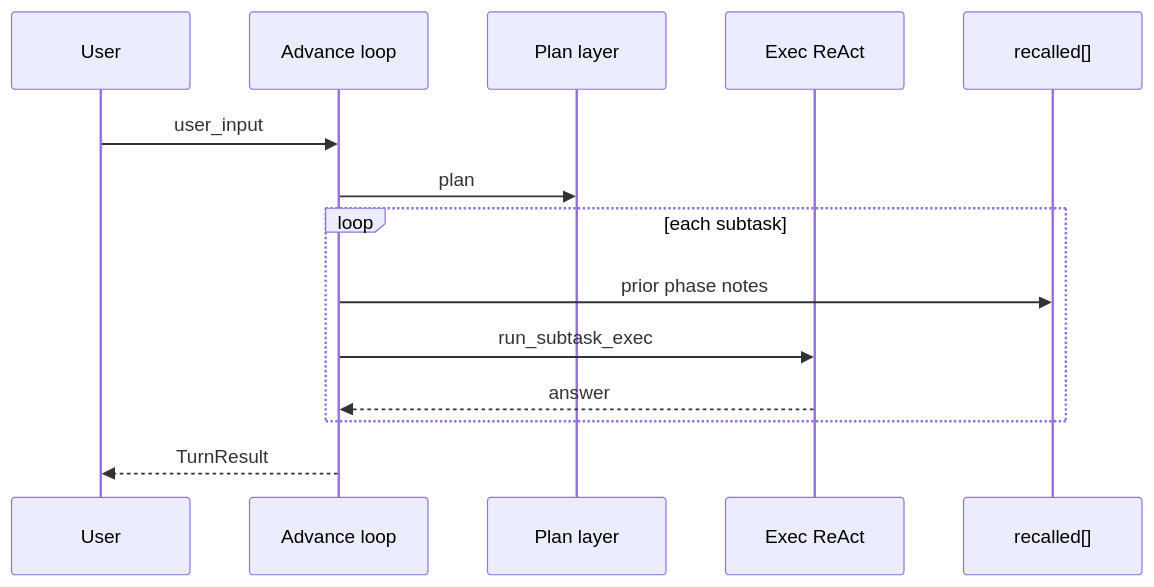
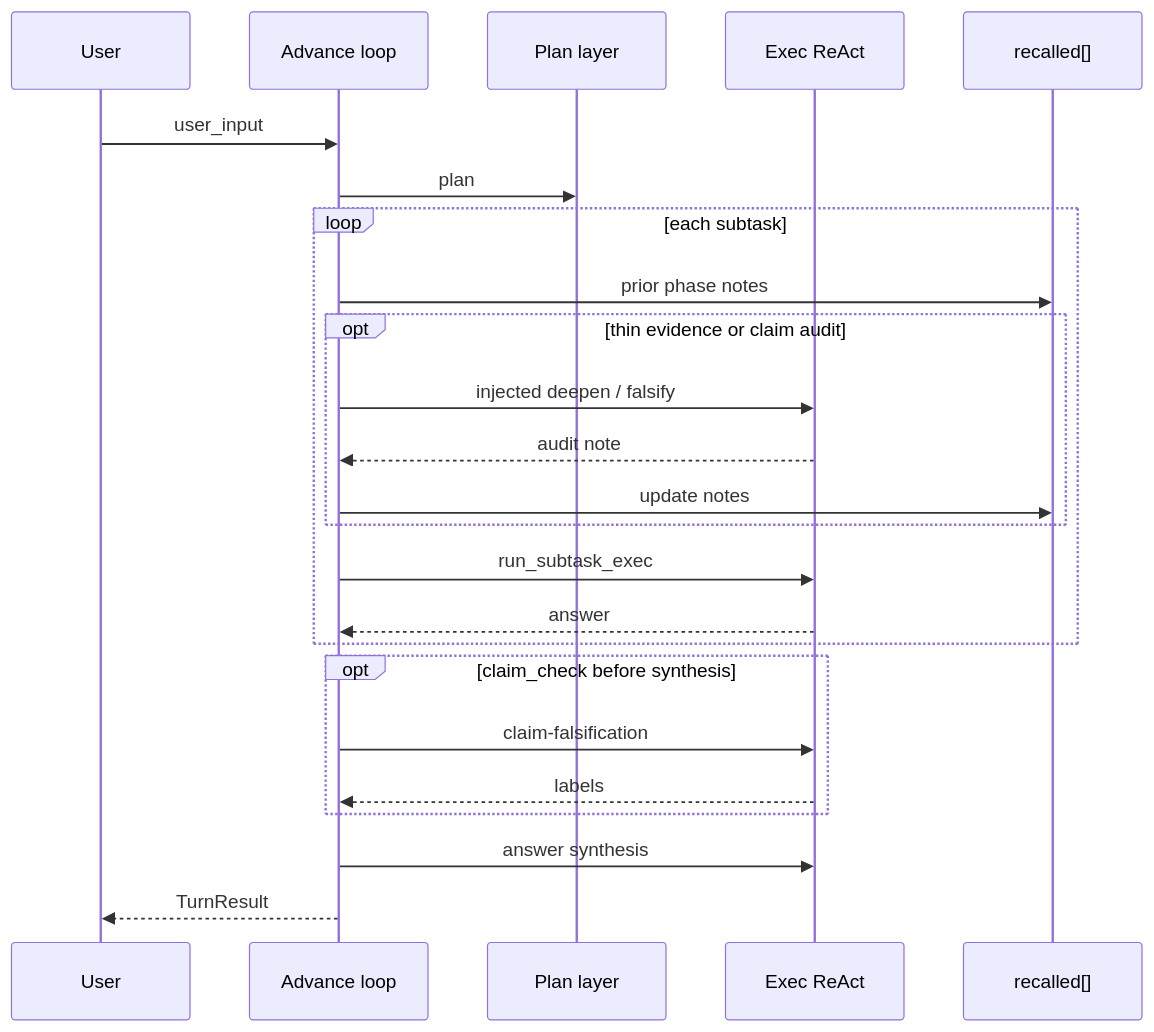
Before and after one commit to tax-mux/harness-seed: the diagram in doc/en/architecture/07_advance-loop.md, drawn with Mermaid. The commit also changed other lines of this file and 13 other files, not shown here.

First line of the commit message:
Add claim falsification, absence gates, and flexible plan parse.

````diff
--- a/doc/en/architecture/07_advance-loop.md
+++ b/doc/en/architecture/07_advance-loop.md
@@ -44,17 +52,27 @@
 ```mermaid
 sequenceDiagram
     participant U as User
     participant A as Advance loop
     participant P as Plan layer
     participant E as Exec ReAct
     participant R as recalled[]
 
     U->>A: user_input
     A->>P: plan
     loop each subtask
         A->>R: prior phase notes
+        opt thin evidence or claim audit
+            A->>E: injected deepen / falsify
+            E-->>A: audit note
+            A->>R: update notes
+        end
         A->>E: run_subtask_exec
         E-->>A: answer
     end
+    opt claim_check before synthesis
+        A->>E: claim-falsification
+        E-->>A: labels
+    end
+    A->>E: answer synthesis
     A-->>U: TurnResult
 ```
````
